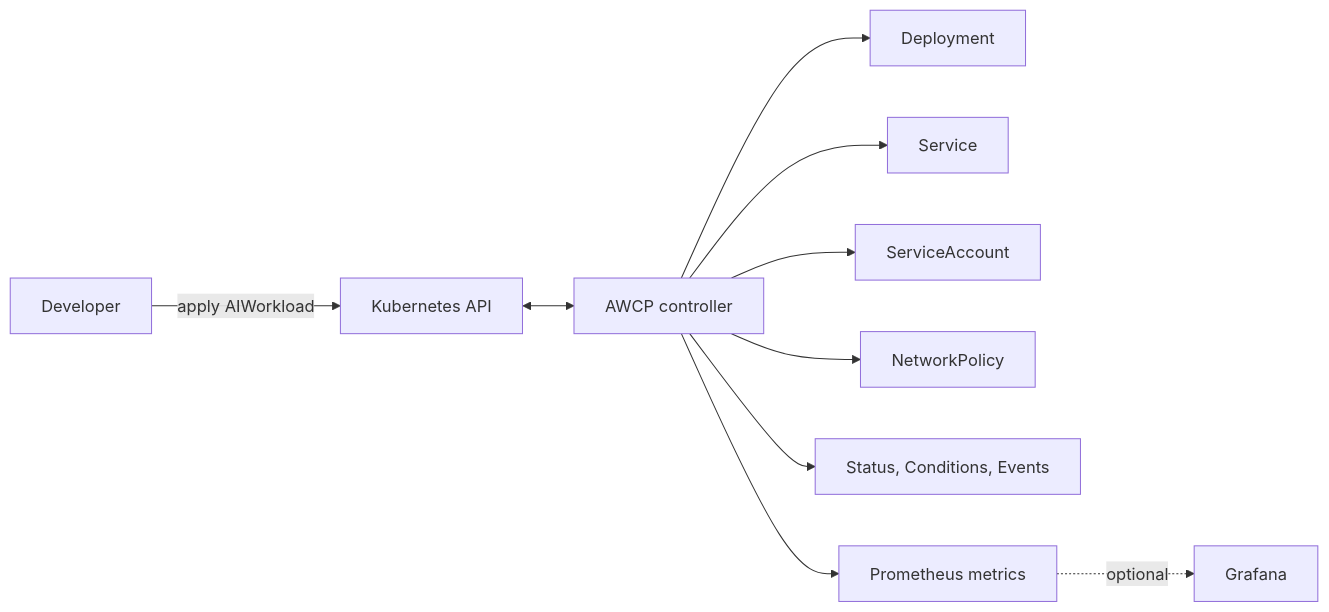
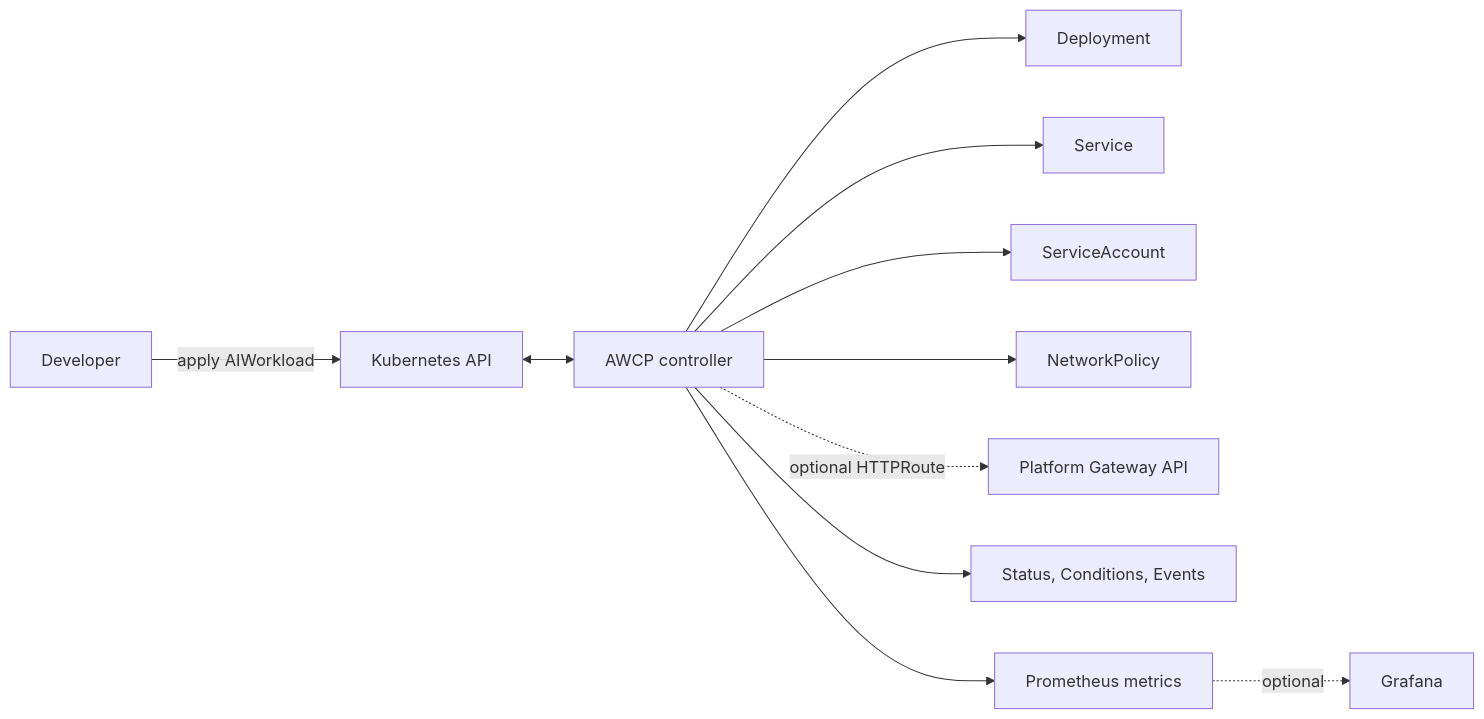
Before and after one commit to erayyilmmaz/ai-workload-control-plane: the first of 2 diagrams in README.md, drawn with Mermaid. The commit also changed other lines of this file and 30 other files, not shown here.

Commit message:
feat: reconcile Gateway API HTTPRoute exposure

````diff
--- a/README.md
+++ b/README.md
@@ -27,12 +29,13 @@
 ```mermaid
 flowchart LR
   Developer -->|apply AIWorkload| API[Kubernetes API]
   API <--> Controller[AWCP controller]
   Controller --> Deployment
   Controller --> Service
   Controller --> ServiceAccount
   Controller --> NetworkPolicy
+  Controller -. optional HTTPRoute .-> GatewayAPI[Platform Gateway API]
   Controller --> Status[Status, Conditions, Events]
   Controller --> Metrics[Prometheus metrics]
   Metrics -. optional .-> Grafana[Grafana]
 ```
````
